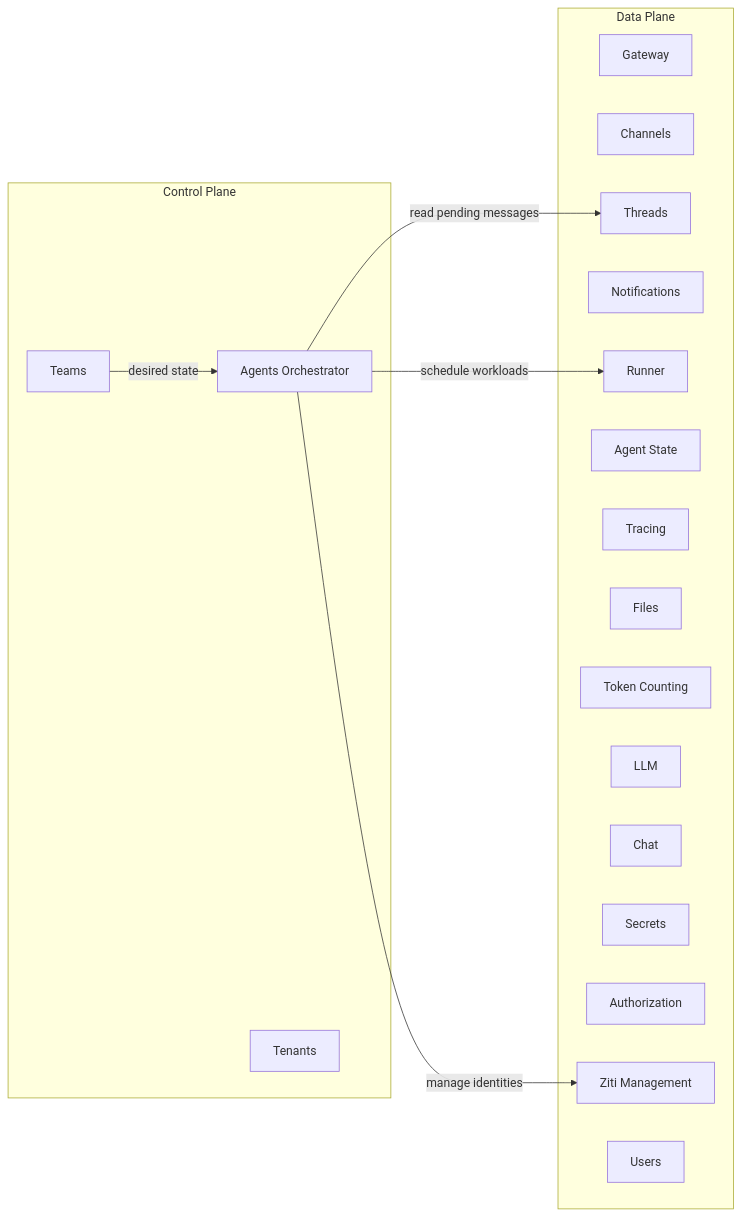
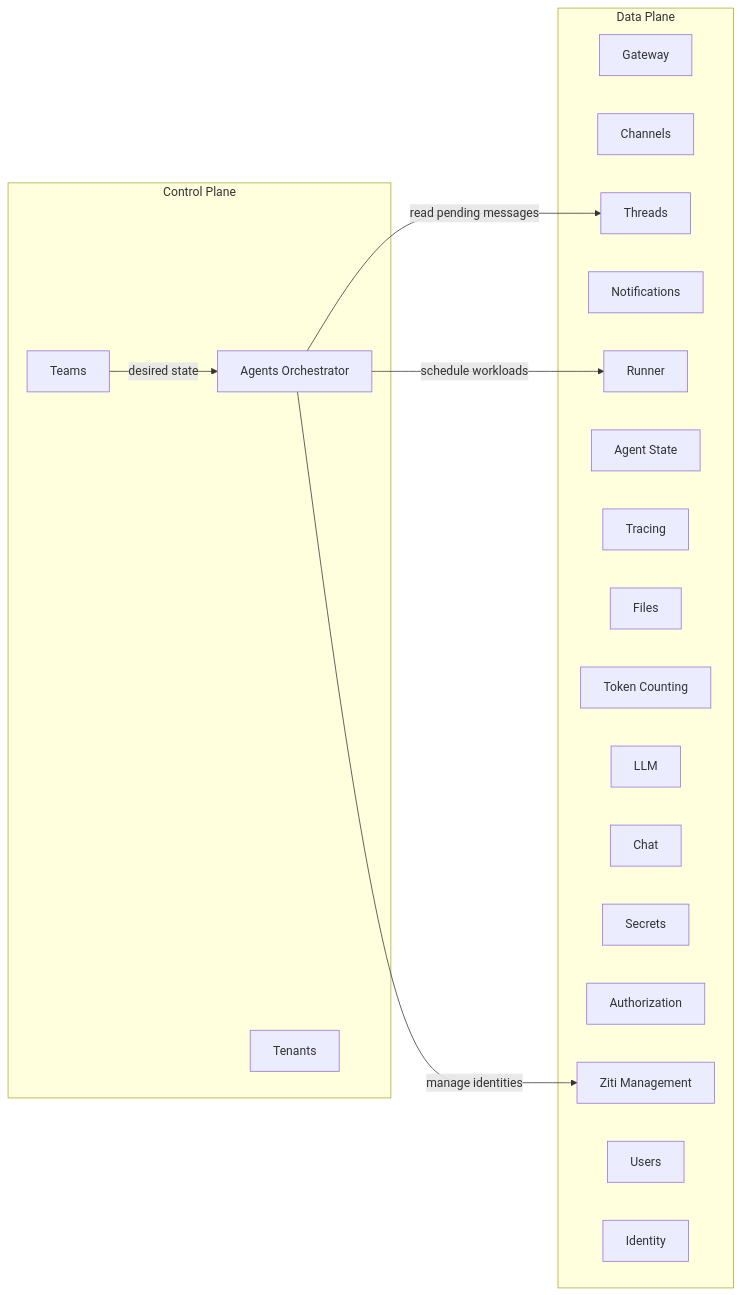
Before and after one commit to agynio/architecture: the first of 2 diagrams in architecture/control-data-plane.md, drawn with Mermaid. The commit also changed other lines of this file and 9 other files, not shown here.

````diff
--- a/architecture/control-data-plane.md
+++ b/architecture/control-data-plane.md
@@ -21,31 +21,32 @@
 ```mermaid
 graph LR
     subgraph Control Plane
         Teams
         AgentsOrch[Agents Orchestrator]
         Tenants
     end
 
     subgraph Data Plane
         Gateway
         Channels
         Threads
         Notifications
         Runner
         AgentState[Agent State]
         Tracing
         Files
         TokenCounting[Token Counting]
         LLM
         Chat
         Secrets
         Authorization
         ZitiMgmt[Ziti Management]
         Users
+        Identity
     end
 
     Teams -->|desired state| AgentsOrch
     AgentsOrch -->|schedule workloads| Runner
     AgentsOrch -->|manage identities| ZitiMgmt
     AgentsOrch -->|read pending messages| Threads
 ```
````
